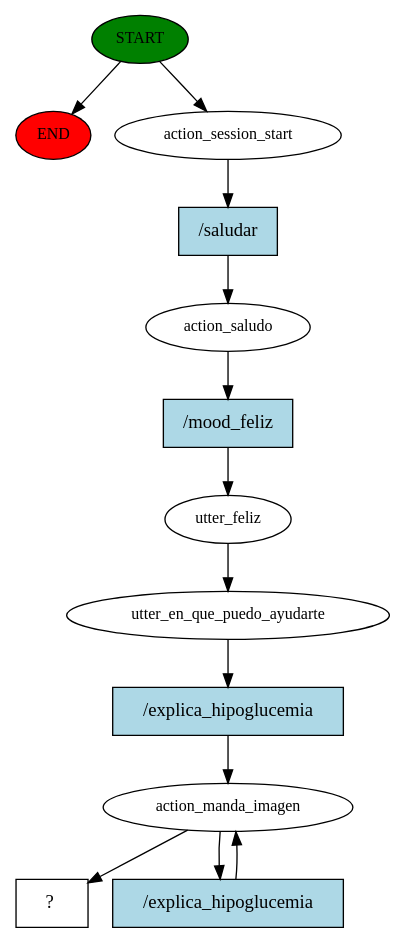
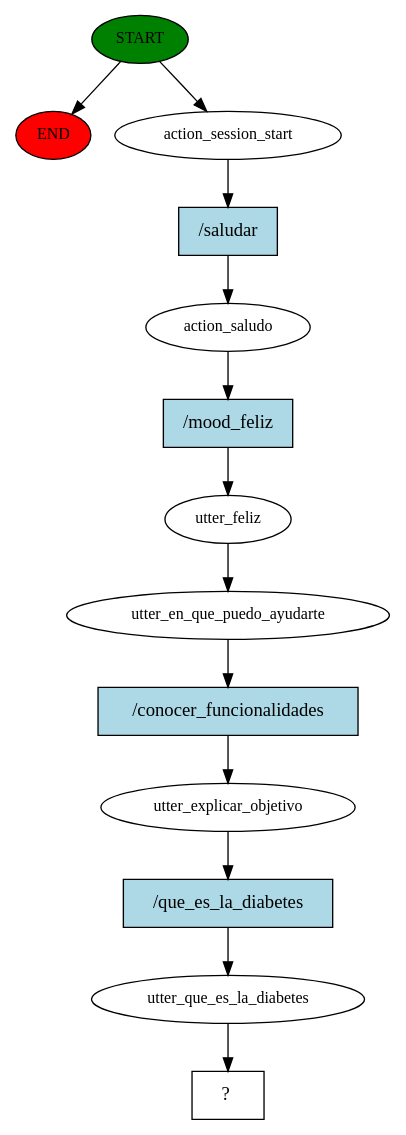
The diagram in story_graph.dot (GuillermoMejia22/ProyectoFinal), drawn with Graphviz before and after one commit. The commit also changed 6 other files, not shown here.

```diff
--- a/story_graph.dot
+++ b/story_graph.dot
@@ -1,26 +1,27 @@
 digraph  {
 0 [class="start active", fillcolor=green, fontsize=12, label=START, style=filled];
 "-1" [class=end, fillcolor=red, fontsize=12, label=END, style=filled];
 1 [class=active, fontsize=12, label=action_session_start];
 2 [class=active, fontsize=12, label=action_saludo];
 3 [class=active, fontsize=12, label=utter_feliz];
 4 [class=active, fontsize=12, label=utter_en_que_puedo_ayudarte];
-5 [class=active, fontsize=12, label=action_manda_imagen];
+5 [class=active, fontsize=12, label=utter_explicar_objetivo];
+6 [class=active, fontsize=12, label=utter_que_es_la_diabetes];
 7 [class="intent dashed active", label="  ?  ", shape=rect];
 8 [class="intent active", fillcolor=lightblue, label="/saludar", shape=rect, style=filled];
 9 [class="intent active", fillcolor=lightblue, label="/mood_feliz", shape=rect, style=filled];
-10 [class="intent active", fillcolor=lightblue, label="/explica_hipoglucemia", shape=rect, style=filled];
-11 [class="intent active", fillcolor=lightblue, label="/explica_hipoglucemia", shape=rect, style=filled];
+10 [class="intent active", fillcolor=lightblue, label="/conocer_funcionalidades", shape=rect, style=filled];
+11 [class="intent active", fillcolor=lightblue, label="/que_es_la_diabetes", shape=rect, style=filled];
 0 -> "-1"  [class="", key=NONE, label=""];
 0 -> 1  [class=active, key=NONE, label=""];
 1 -> 8  [class=active, key=0];
 2 -> 9  [class=active, key=0];
 3 -> 4  [class=active, key=NONE, label=""];
 4 -> 10  [class=active, key=0];
-5 -> 7  [class=active, key=NONE, label=""];
 5 -> 11  [class=active, key=0];
+6 -> 7  [class=active, key=NONE, label=""];
 8 -> 2  [class=active, key=0];
 9 -> 3  [class=active, key=0];
 10 -> 5  [class=active, key=0];
-11 -> 5  [class=active, key=0];
+11 -> 6  [class=active, key=0];
 }
```
